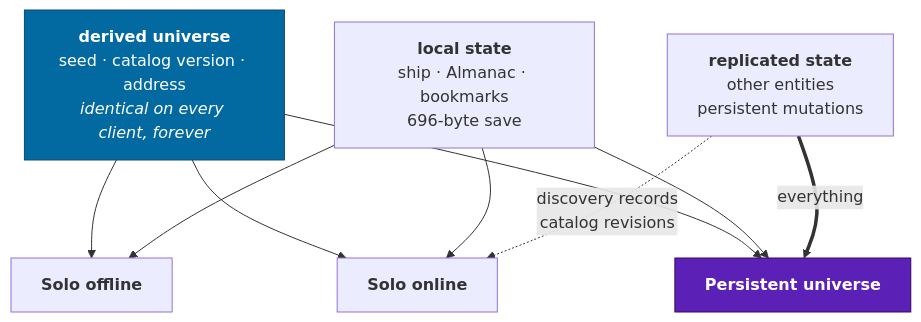
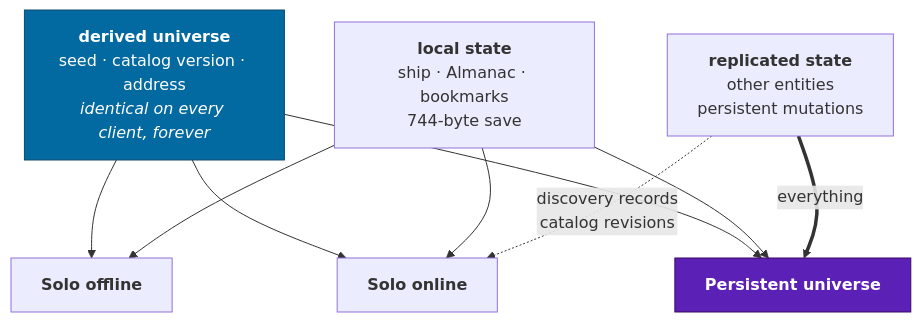
The diagram in docs/design/modes.md (jonjaques/inertialref), drawn with Mermaid before and after one commit. The commit also changed 125 other files, not shown here.

````diff
--- a/docs/design/modes.md
+++ b/docs/design/modes.md
@@ -44,18 +44,18 @@
 ```mermaid
 flowchart TB
     BASE["<b>derived universe</b><br/>seed · catalog version · address<br/><i>identical on every client, forever</i>"]
-    LOCAL["<b>local state</b><br/>ship · Almanac · bookmarks<br/>696-byte save"]
+    LOCAL["<b>local state</b><br/>ship · Almanac · bookmarks<br/>744-byte save"]
     NET["<b>replicated state</b><br/>other entities<br/>persistent mutations"]
 
     BASE --> SOLO["<b>Solo offline</b>"]
     LOCAL --> SOLO
     BASE --> SON["<b>Solo online</b>"]
     LOCAL --> SON
     NET -.->|"discovery records<br/>catalog revisions"| SON
     BASE --> PU["<b>Persistent universe</b>"]
     LOCAL --> PU
     NET ==>|"everything"| PU
 
     style BASE fill:#0369a1,stroke:#0c4a6e,color:#fff
     style PU fill:#5b21b6,stroke:#3b0764,color:#fff
 ```
````
